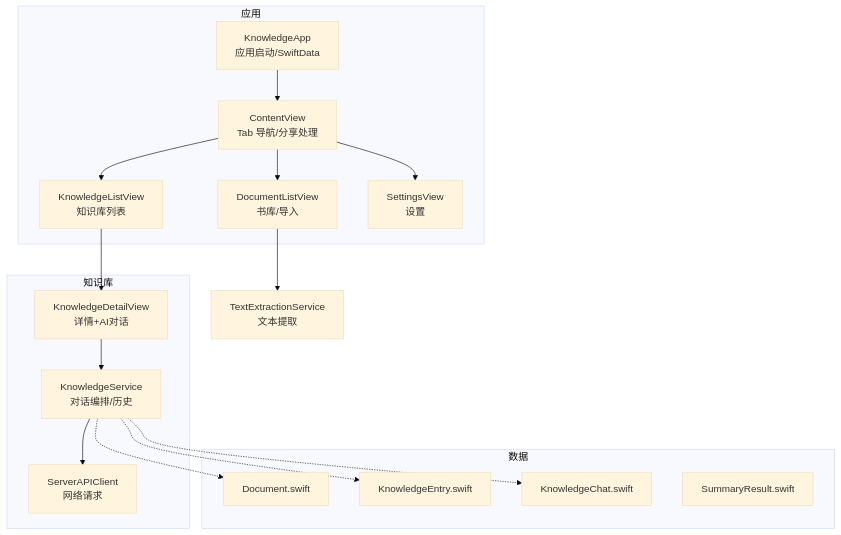
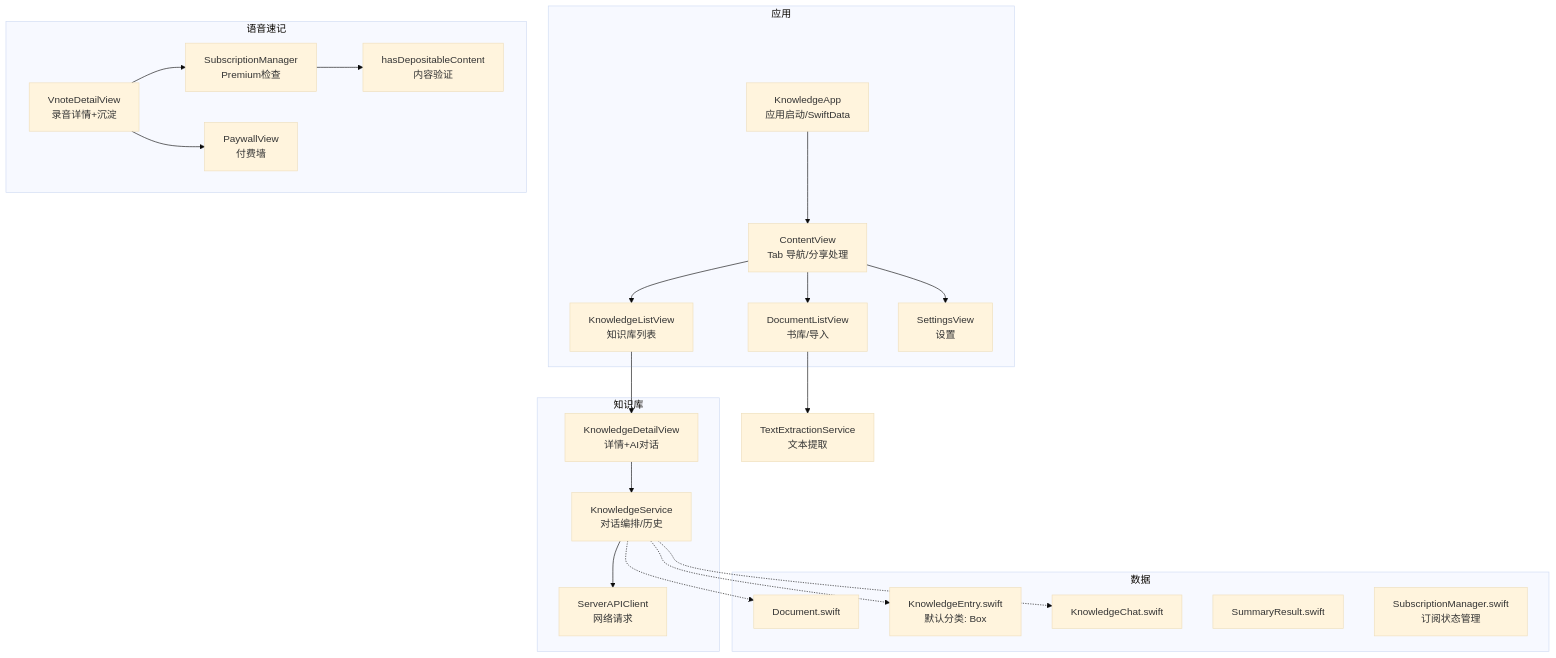
One commit to Primoguo/Knowledge changed the first of 8 diagrams in .qoder/repowiki/zh/content/核心功能模块/知识库功能.md. Above: the diagram before and after it, drawn with Mermaid (base theme). The commit also changed other lines of this file and 23 other files, not shown here.

````diff
--- a/.qoder/repowiki/zh/content/核心功能模块/知识库功能.md
+++ b/.qoder/repowiki/zh/content/核心功能模块/知识库功能.md
@@ -53,24 +67,30 @@
 ```mermaid
 graph TB
 subgraph "应用"
 A["KnowledgeApp<br/>应用启动/SwiftData"] --> B["ContentView<br/>Tab 导航/分享处理"]
 B --> C["DocumentListView<br/>书库/导入"]
 B --> D["KnowledgeListView<br/>知识库列表"]
 B --> E["SettingsView<br/>设置"]
 end
 subgraph "知识库"
 D --> F["KnowledgeDetailView<br/>详情+AI对话"]
 F --> G["KnowledgeService<br/>对话编排/历史"]
 G --> H["ServerAPIClient<br/>网络请求"]
 end
+subgraph "语音速记"
+I["VnoteDetailView<br/>录音详情+沉淀"] --> J["SubscriptionManager<br/>Premium检查"]
+I --> K["PaywallView<br/>付费墙"]
+J --> L["hasDepositableContent<br/>内容验证"]
+end
 subgraph "数据"
-I["Document.swift"]
-J["KnowledgeEntry.swift"]
-K["KnowledgeChat.swift"]
-L["SummaryResult.swift"]
+M["Document.swift"]
+N["KnowledgeEntry.swift<br/>默认分类: Box"]
+O["KnowledgeChat.swift"]
+P["SummaryResult.swift"]
+Q["SubscriptionManager.swift<br/>订阅状态管理"]
 end
-C --> M["TextExtractionService<br/>文本提取"]
-G -.-> I
-G -.-> J
-G -.-> K
+C --> R["TextExtractionService<br/>文本提取"]
+G -.-> M
+G -.-> N
+G -.-> O
 ```
````
